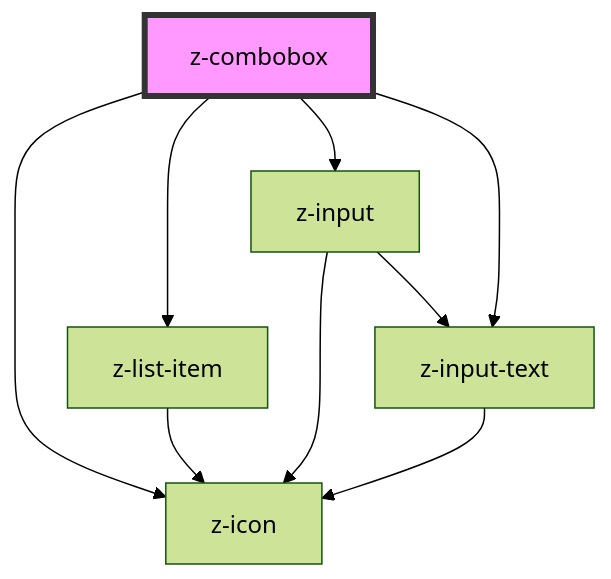
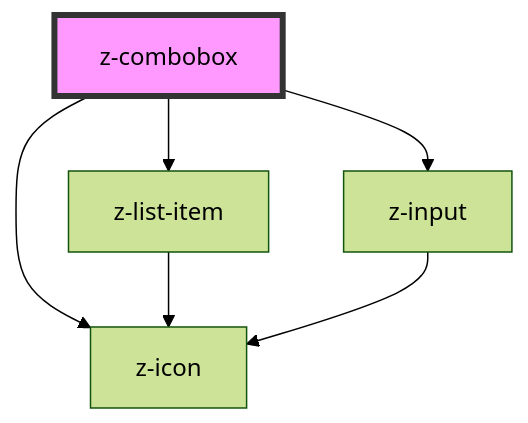
Before and after one commit to ZanichelliEditore/design-system: the diagram in web-components-library/src/components/z-combobox/readme.md, drawn with Mermaid (forest theme). The commit also changed other lines of this file and 3 other files, not shown here.

````diff
--- a/web-components-library/src/components/z-combobox/readme.md
+++ b/web-components-library/src/components/z-combobox/readme.md
@@ -57,12 +64,9 @@
 ```mermaid
 graph TD;
   z-combobox --> z-icon
   z-combobox --> z-list-item
   z-combobox --> z-input
-  z-combobox --> z-input-text
   z-list-item --> z-icon
   z-input --> z-icon
-  z-input --> z-input-text
-  z-input-text --> z-icon
   style z-combobox fill:#f9f,stroke:#333,stroke-width:4px
 ```
````
